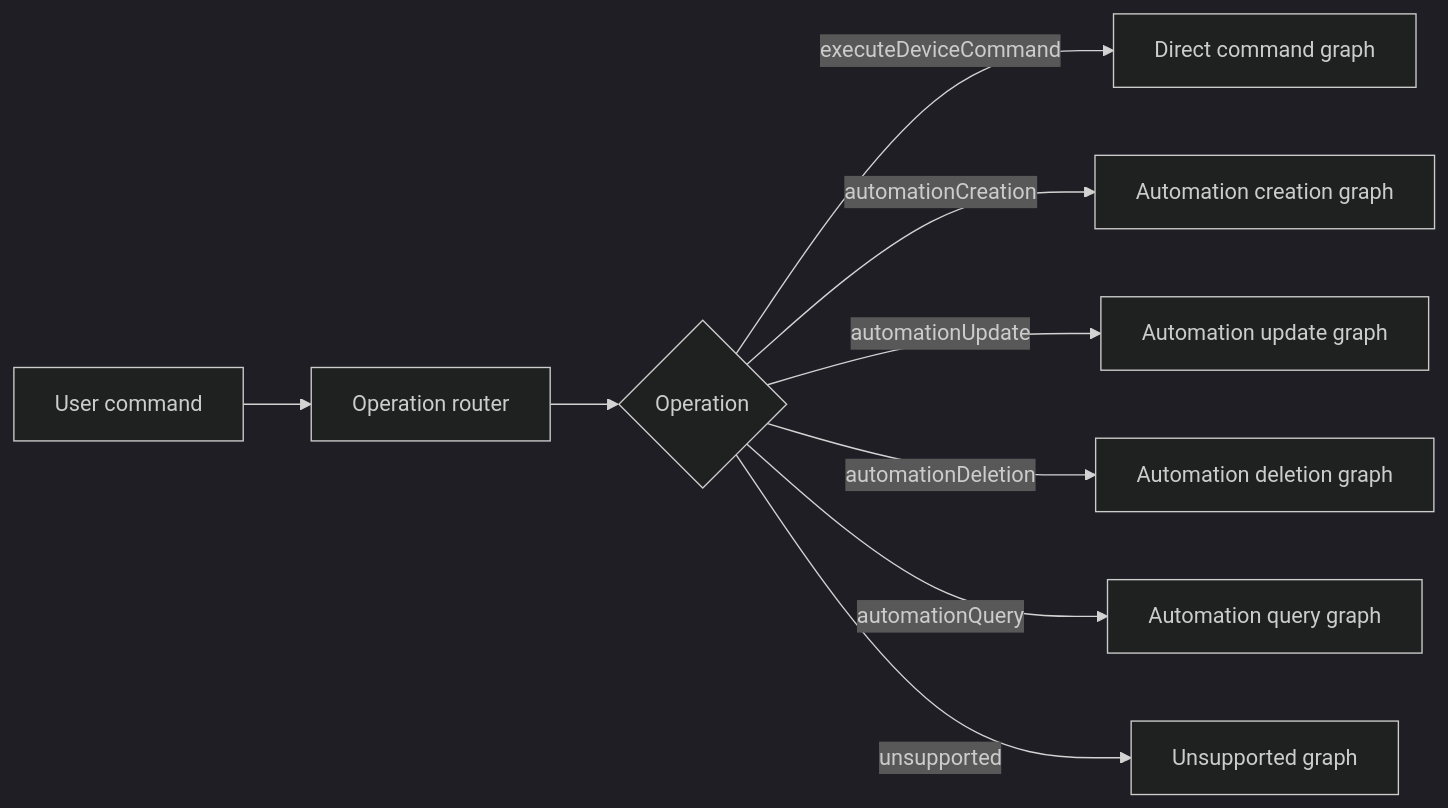
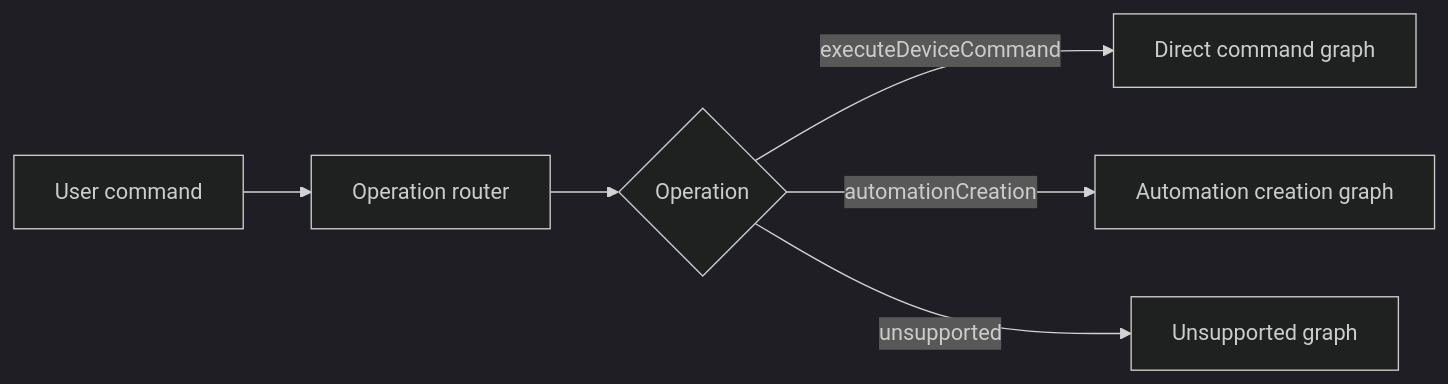
The diagram in orchestrator_extensibility_architecture_plan.md (ksypinro/HomeAutomation), drawn with Mermaid (dark theme) before and after one commit. The commit also changed other lines of this file and 15 other files, not shown here.

````diff
--- a/orchestrator_extensibility_architecture_plan.md
+++ b/orchestrator_extensibility_architecture_plan.md
@@ -291,11 +296,8 @@
 ```mermaid
 flowchart LR
     A["User command"] --> B["Operation router"]
     B --> C{"Operation"}
     C -->|"executeDeviceCommand"| D["Direct command graph"]
     C -->|"automationCreation"| E["Automation creation graph"]
-    C -->|"automationUpdate"| F["Automation update graph"]
-    C -->|"automationDeletion"| G["Automation deletion graph"]
-    C -->|"automationQuery"| H["Automation query graph"]
     C -->|"unsupported"| I["Unsupported graph"]
 ```
````
